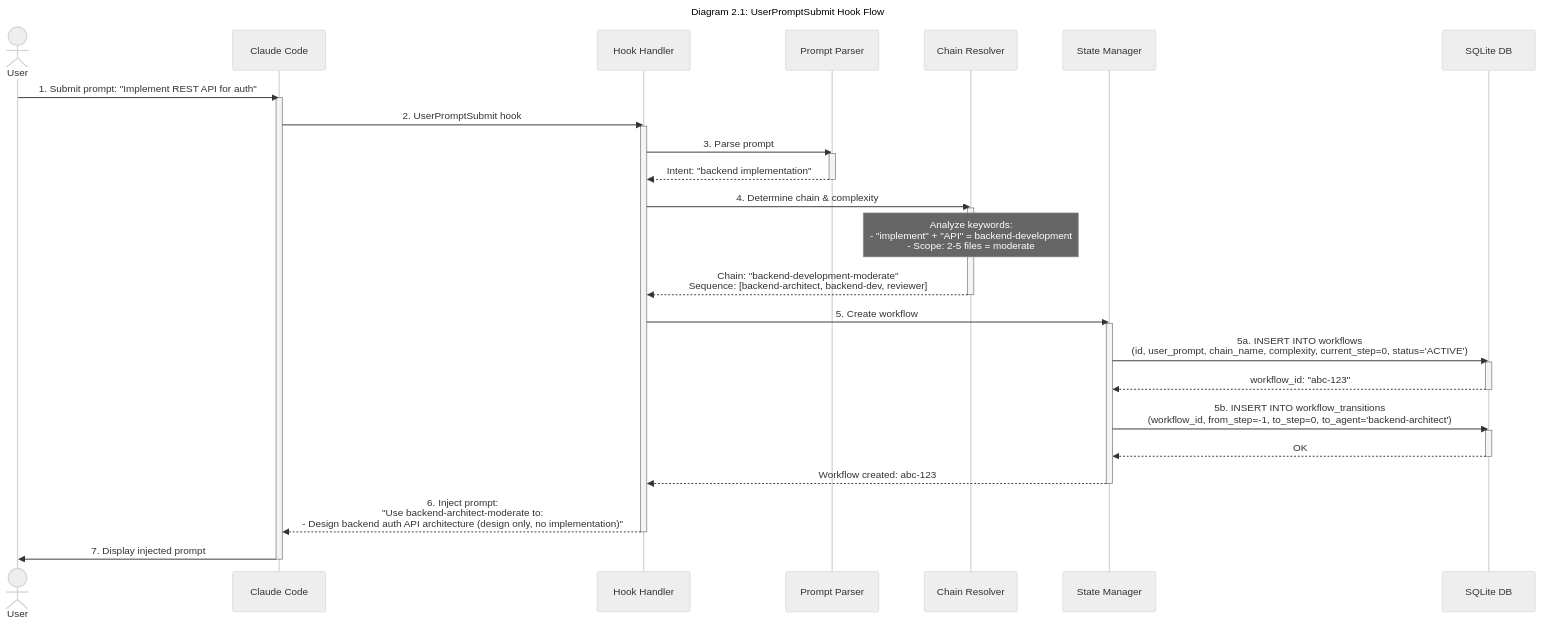
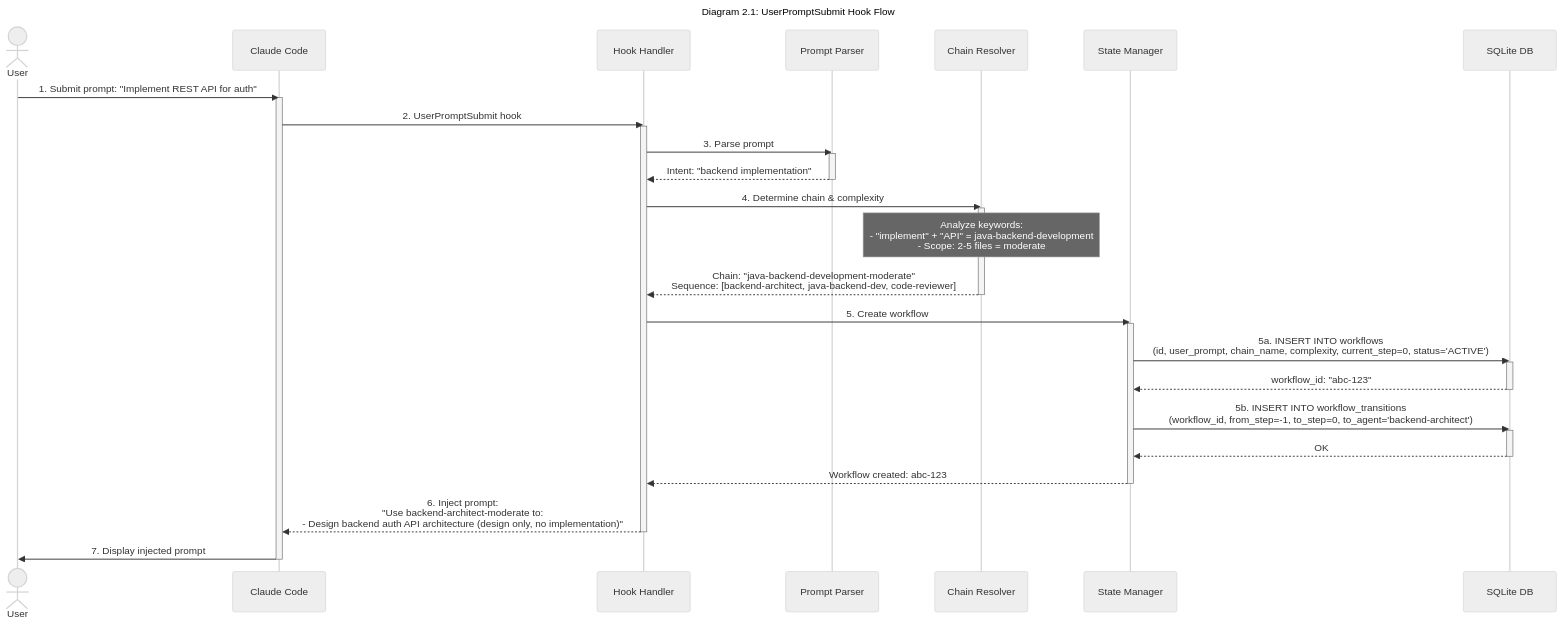
Before and after one commit to drevispas/ccorch: the fourth of 11 diagrams in docs/02-technical-architecture.md, drawn with Mermaid (neutral theme). The commit also changed other lines of this file and 21 other files, not shown here.

````diff
--- a/docs/02-technical-architecture.md
+++ b/docs/02-technical-architecture.md
@@ -233,48 +233,48 @@
 ```mermaid
 ---
 title: "Diagram 2.1: UserPromptSubmit Hook Flow"
 ---
 sequenceDiagram
     actor User
     participant CC as Claude Code
     participant Hook as Hook Handler
     participant Parser as Prompt Parser
     participant Resolver as Chain Resolver
     participant StateMgr as State Manager
     participant DB as SQLite DB
 
     User->>CC: 1. Submit prompt: "Implement REST API for auth"
     activate CC
     CC->>Hook: 2. UserPromptSubmit hook
     activate Hook
 
     Hook->>Parser: 3. Parse prompt
     activate Parser
     Parser-->>Hook: Intent: "backend implementation"
     deactivate Parser
 
     Hook->>Resolver: 4. Determine chain & complexity
     activate Resolver
-    Note over Resolver: Analyze keywords:<br/>- "implement" + "API" = backend-development<br/>- Scope: 2-5 files = moderate
-    Resolver-->>Hook: Chain: "backend-development-moderate"<br/>Sequence: [backend-architect, backend-dev, reviewer]
+    Note over Resolver: Analyze keywords:<br/>- "implement" + "API" = java-backend-development<br/>- Scope: 2-5 files = moderate
+    Resolver-->>Hook: Chain: "java-backend-development-moderate"<br/>Sequence: [backend-architect, java-backend-dev, code-reviewer]
     deactivate Resolver
 
     Hook->>StateMgr: 5. Create workflow
     activate StateMgr
     StateMgr->>DB: 5a. INSERT INTO workflows<br/>(id, user_prompt, chain_name, complexity, current_step=0, status='ACTIVE')
     activate DB
     DB-->>StateMgr: workflow_id: "abc-123"
     deactivate DB
 
     StateMgr->>DB: 5b. INSERT INTO workflow_transitions<br/>(workflow_id, from_step=-1, to_step=0, to_agent='backend-architect')
     activate DB
     DB-->>StateMgr: OK
     deactivate DB
     StateMgr-->>Hook: Workflow created: abc-123
     deactivate StateMgr
 
     Hook-->>CC: 6. Inject prompt:<br/>"Use backend-architect-moderate to:<br/>- Design backend auth API architecture (design only, no implementation)"
     deactivate Hook
     CC->>User: 7. Display injected prompt
     deactivate CC
 ```
````
